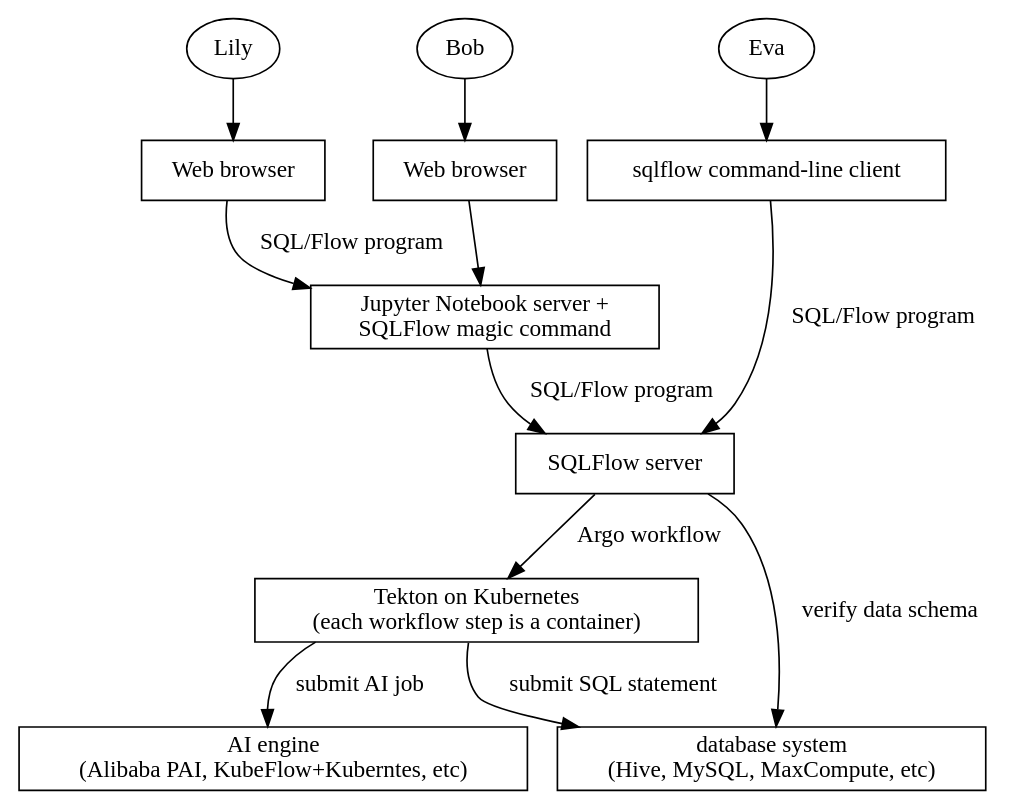
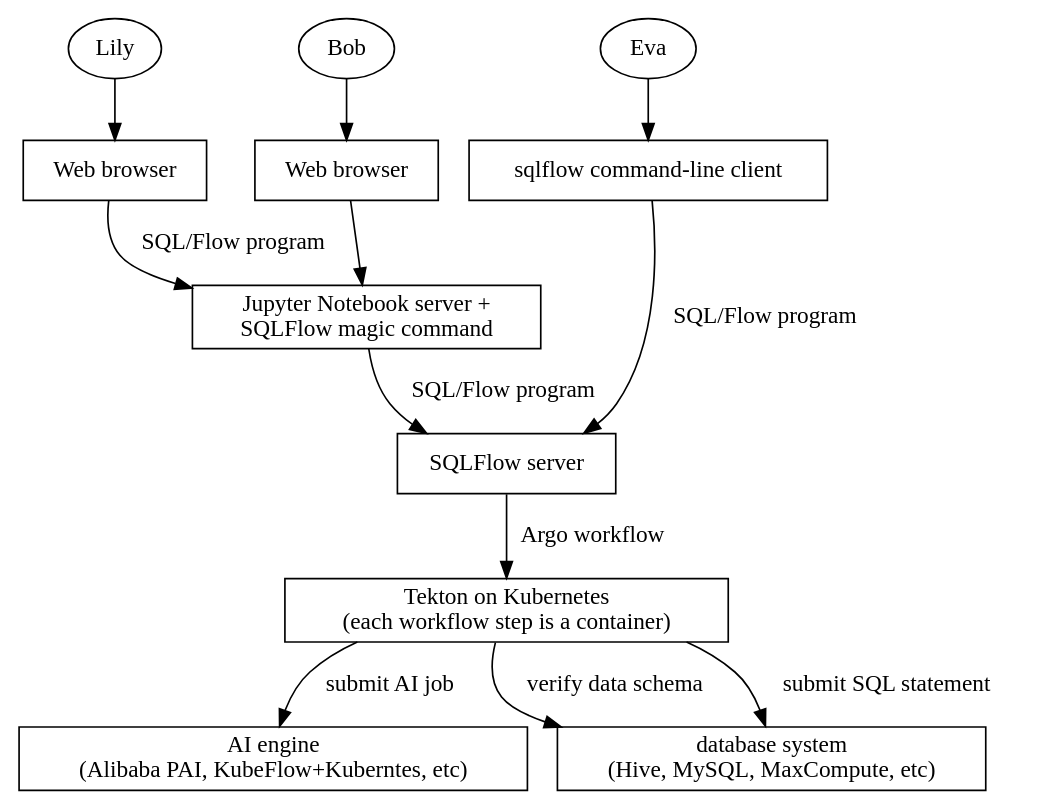
Before and after one commit to sql-machine-learning/playground: the diagram in figures/arch.dot, drawn with Graphviz. The commit also changed 3 other files, not shown here.

Commit message:
verify schema on argo step

```diff
--- a/figures/arch.dot
+++ b/figures/arch.dot
@@ -1,37 +1,36 @@
 digraph G {
         node [shape=box];
 
         User1 [shape=oval, label="Lily"];
         User2 [shape=oval, label="Bob"];
         User3 [shape=oval, label="Eva"];
 
         {rank = same; User1; User2; User3}
 
         Browser1 [label="Web browser"];
         Browser2 [label="Web browser"];
 
         {rank = same; Browser1, Browser2, Client}
 
         Jupyter [label="Jupyter Notebook server +\n SQLFlow magic command"];
         SQLFlow [label="SQLFlow server"];
         Argo [label="Tekton on Kubernetes\n(each workflow step is a container)"];
         AI [label="AI engine\n(Alibaba PAI, KubeFlow+Kuberntes, etc)"];
         DBMS [label="database system\n(Hive, MySQL, MaxCompute, etc)"];
 
         User1 -> Browser1;
         User2 -> Browser2;
         Browser1 -> Jupyter [label="SQL/Flow program"];
         Browser2 -> Jupyter;
 
         Jupyter -> SQLFlow [label="SQL/Flow program"];
         SQLFlow -> Argo [label="Argo workflow"];
         Argo -> DBMS [label="submit SQL statement"];
         Argo -> AI [label="submit AI job"];
-
-        SQLFlow -> DBMS [label="verify data schema"];
+        Argo -> DBMS [label="verify data schema"];
 
         Client [label="sqlflow command-line client"];
 
         User3 -> Client;
         Client -> SQLFlow [label="SQL/Flow program"];
 }
```
